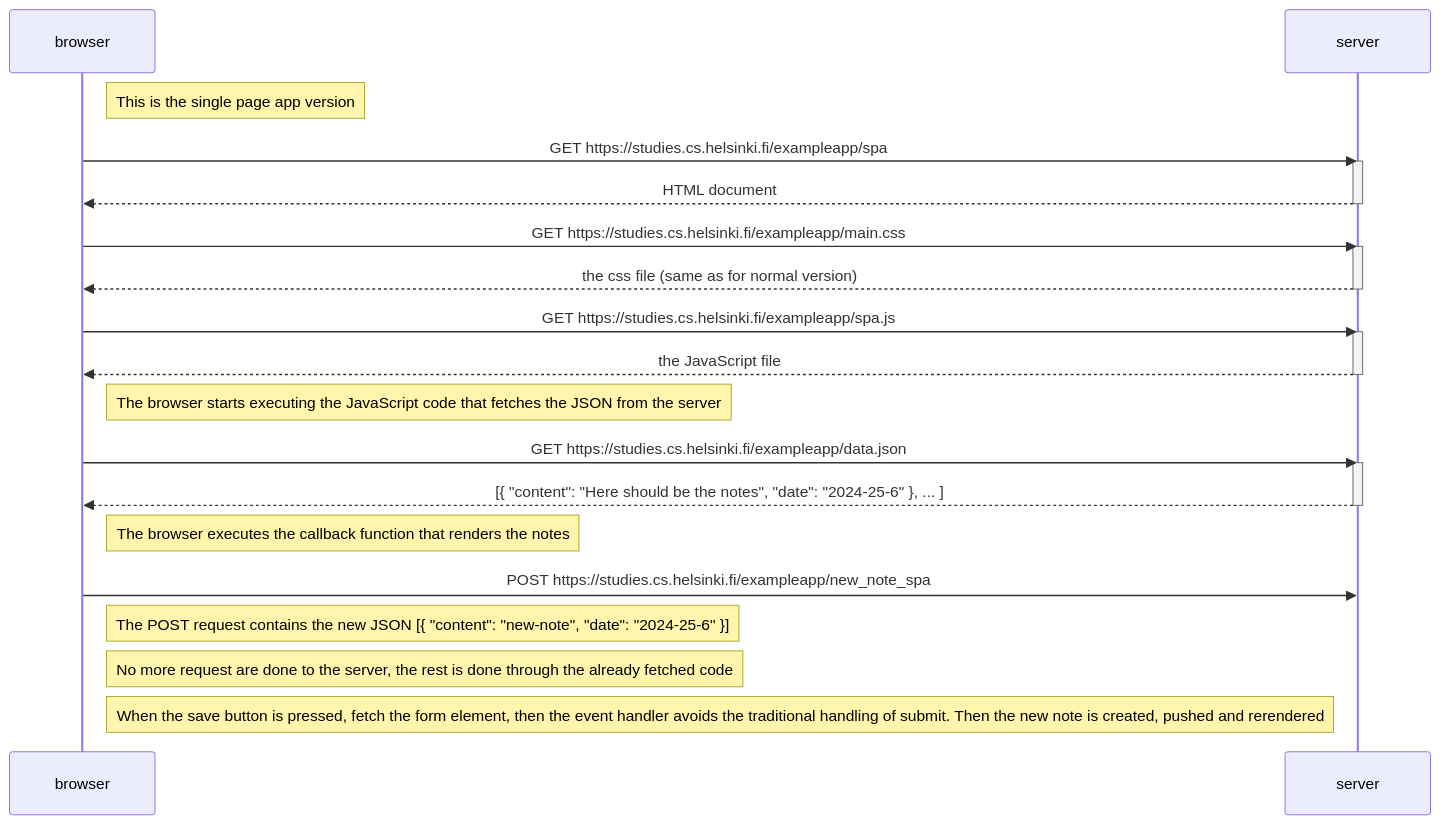
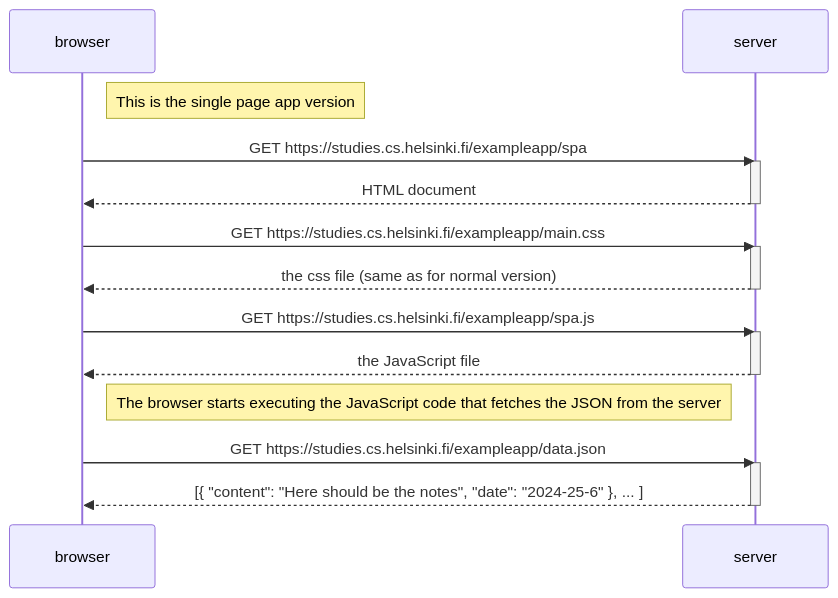
One commit to Dysanp/Fullstack changed the diagram in Part0/05/spa_diagram.md. Above: the diagram before and after it, drawn with Mermaid.

Commit message:
Update spa_diagram.md
Corrected diagramm

````diff
--- a/Part0/05/spa_diagram.md
+++ b/Part0/05/spa_diagram.md
@@ -1,38 +1,30 @@
 ```mermaid
 sequenceDiagram
     participant browser
     participant server
 
     Note right of browser: This is the single page app version 
 
     browser->>server: GET https://studies.cs.helsinki.fi/exampleapp/spa
     activate server
     server-->>browser: HTML document
     deactivate server
 
     browser->>server: GET https://studies.cs.helsinki.fi/exampleapp/main.css
     activate server
     server-->>browser: the css file (same as for normal version)
     deactivate server
 
     browser->>server: GET https://studies.cs.helsinki.fi/exampleapp/spa.js
     activate server
     server-->>browser: the JavaScript file
     deactivate server
 
     Note right of browser: The browser starts executing the JavaScript code that fetches the JSON from the server
 
     browser->>server: GET https://studies.cs.helsinki.fi/exampleapp/data.json
     activate server
     server-->>browser: [{ "content": "Here should be the notes", "date": "2024-25-6" }, ... ]
-    deactivate server
-
-    Note right of browser: The browser executes the callback function that renders the notes
-
-    browser->>server: POST https://studies.cs.helsinki.fi/exampleapp/new_note_spa
-    
-    Note right of browser: The POST request contains the new JSON [{ "content": "new-note", "date": "2024-25-6" }]
-    Note right of browser: No more request are done to the server, the rest is done through the already fetched code
-    Note right of browser:  When the save button is pressed, fetch the form element, then the event handler avoids the traditional handling of submit. Then the new note is created, pushed and rerendered
+    deactivate server 
     
 ```
````
